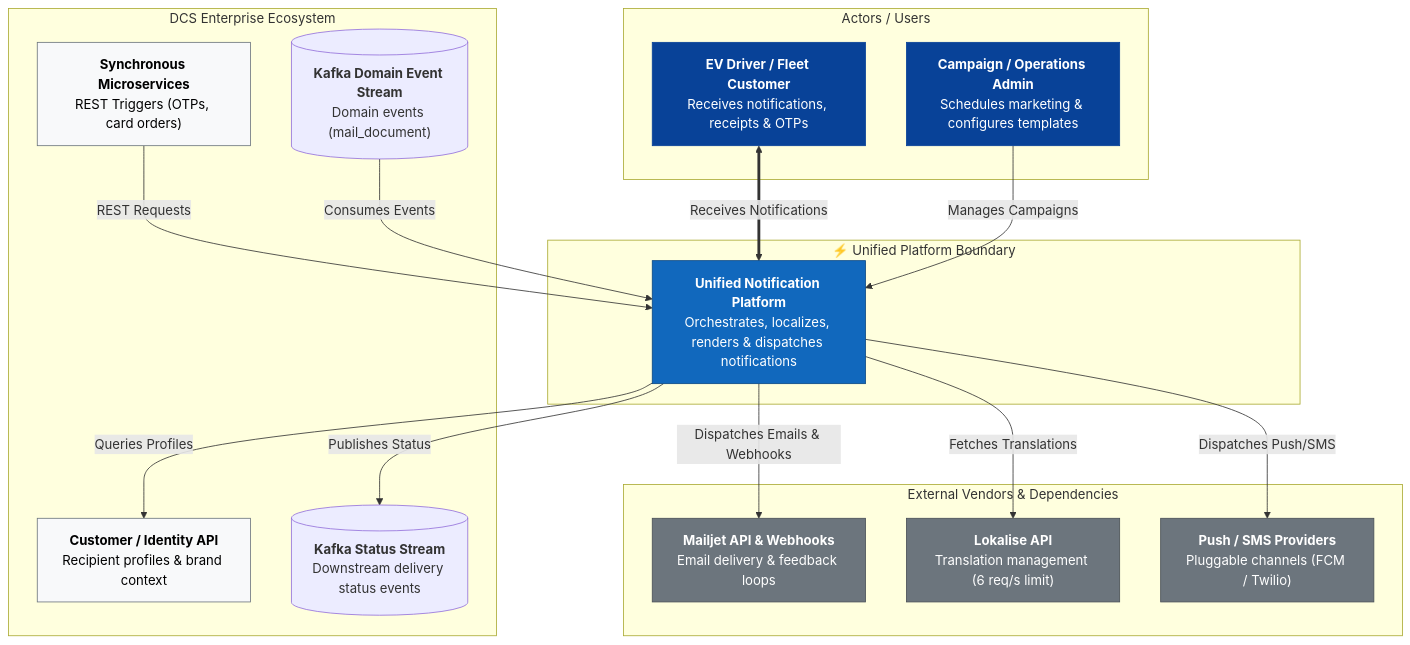
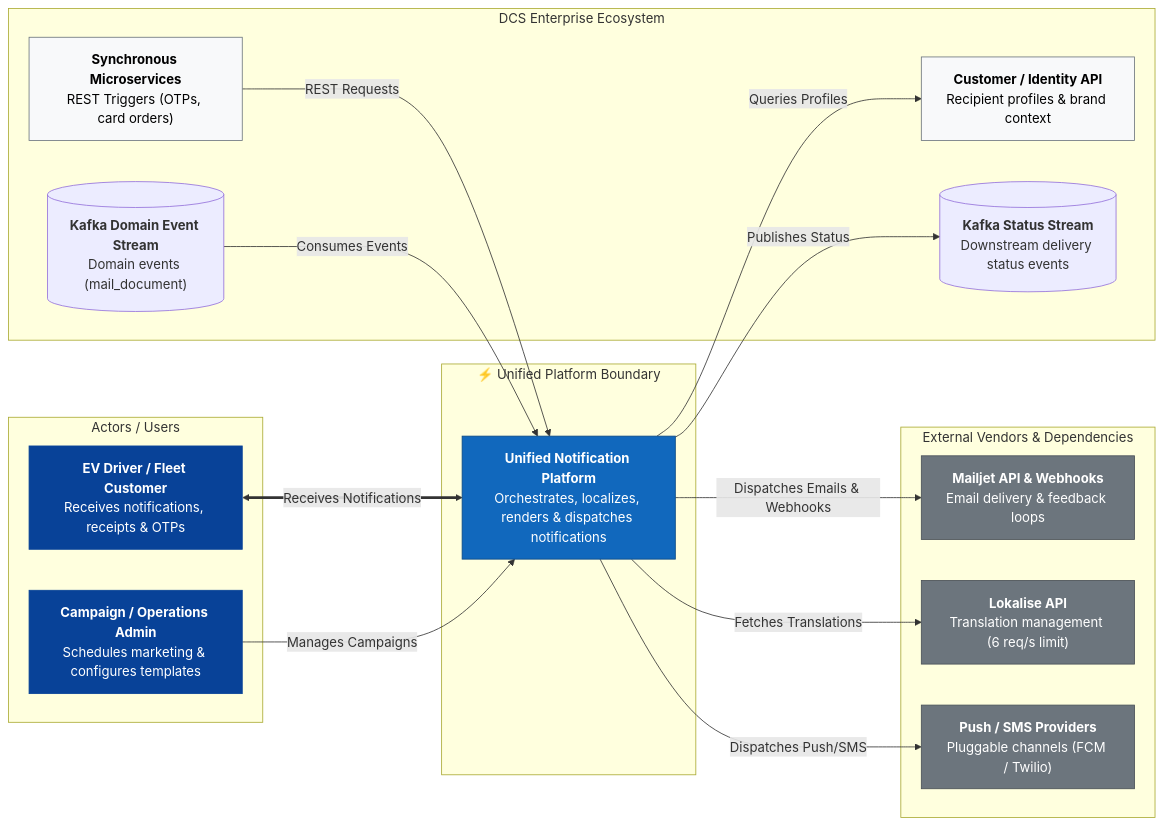
One commit to msazka/unified-notification-platform changed the diagram in README.md. Above: the diagram before and after it, drawn with Mermaid.

Commit message:
Change flowchart direction in README.md

````diff
--- a/README.md
+++ b/README.md
@@ -2,50 +2,50 @@
 ```mermaid
-flowchart TB
+flowchart LR
   %% C4 Level 1: System Context Diagram (GitHub Native)
 
   subgraph Users ["Actors / Users"]
     driver["<b>EV Driver / Fleet Customer</b><br/>Receives notifications, receipts & OTPs"]
     operator["<b>Campaign / Operations Admin</b><br/>Schedules marketing & configures templates"]
   end
 
   subgraph SystemBoundary ["⚡ Unified Platform Boundary"]
     notificationSystem["<b>Unified Notification Platform</b><br/>Orchestrates, localizes, renders & dispatches notifications"]
   end
 
   subgraph Internal ["DCS Enterprise Ecosystem"]
     apiProducers["<b>Synchronous Microservices</b><br/>REST Triggers (OTPs, card orders)"]
     kafkaEvents[("<b>Kafka Domain Event Stream</b><br/>Domain events (mail_document)")]
     customerApi["<b>Customer / Identity API</b><br/>Recipient profiles & brand context"]
     kafkaStatus[("<b>Kafka Status Stream</b><br/>Downstream delivery status events")]
   end
 
   subgraph External ["External Vendors & Dependencies"]
     mailjet["<b>Mailjet API & Webhooks</b><br/>Email delivery & feedback loops"]
     lokalise["<b>Lokalise API</b><br/>Translation management (6 req/s limit)"]
     pushSms["<b>Push / SMS Providers</b><br/>Pluggable channels (FCM / Twilio)"]
   end
 
   driver <==>|"Receives Notifications"| notificationSystem
   operator -->|"Manages Campaigns"| notificationSystem
 
   apiProducers -->|"REST Requests"| notificationSystem
   kafkaEvents -->|"Consumes Events"| notificationSystem
 
   notificationSystem -->|"Queries Profiles"| customerApi
   notificationSystem -->|"Fetches Translations"| lokalise
   notificationSystem -->|"Dispatches Emails & Webhooks"| mailjet
   notificationSystem -->|"Dispatches Push/SMS"| pushSms
 
   notificationSystem -->|"Publishes Status"| kafkaStatus
 
   %% Styling for C4 visual look
   classDef userStyle fill:#084298,stroke:#084298,color:#fff;
   classDef systemStyle fill:#1168bd,stroke:#0b4884,color:#fff;
   classDef internalStyle fill:#f8f9fa,stroke:#6c757d,color:#000;
   classDef externalStyle fill:#6c757d,stroke:#495057,color:#fff;
 
   class driver,operator userStyle;
   class notificationSystem systemStyle;
   class apiProducers,customerApi internalStyle;
   class mailjet,lokalise,pushSms externalStyle;
 ```
````
